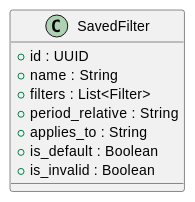
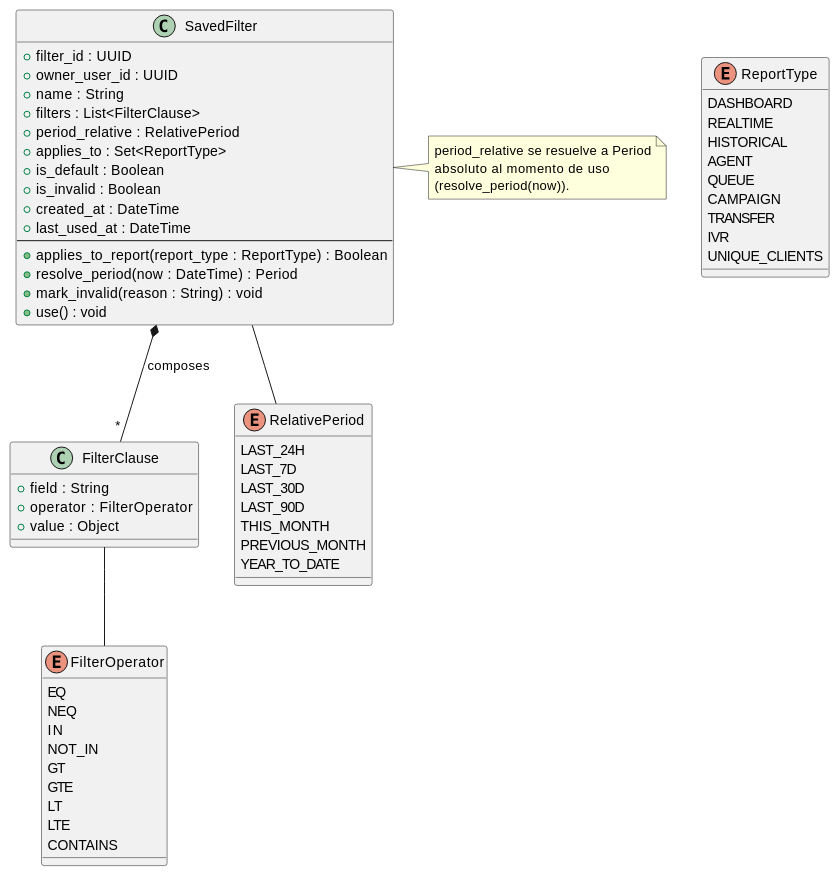
Before and after one commit to jcg-admin/IACT-docs: the diagram in source/arquitectura-tecnica/domain-model/saved-filter.rst, drawn with PlantUML. The commit also changed other lines of this file and 12 other files, not shown here.

```diff
--- a/source/arquitectura-tecnica/domain-model/saved-filter.rst
+++ b/source/arquitectura-tecnica/domain-model/saved-filter.rst
@@ -25,16 +30,75 @@
 .. uml::
- :caption: Clase SavedFilter — stub pendiente de desarrollo.
+ :caption: Clase SavedFilter — filtro nominado reutilizable
+           con período relativo.
 
  @startuml
 
  class SavedFilter {
-  + id : UUID
-  + name : String
-  + filters : List<Filter>
-  + period_relative : String
-  + applies_to : String
-  + is_default : Boolean
-  + is_invalid : Boolean
+   + filter_id : UUID
+   + owner_user_id : UUID
+   + name : String
+   + filters : List<FilterClause>
+   + period_relative : RelativePeriod
+   + applies_to : Set<ReportType>
+   + is_default : Boolean
+   + is_invalid : Boolean
+   + created_at : DateTime
+   + last_used_at : DateTime
+   --
+   + applies_to_report(report_type : ReportType) : Boolean
+   + resolve_period(now : DateTime) : Period
+   + mark_invalid(reason : String) : void
+   + use() : void
  }
 
+ class FilterClause {
+   + field : String
+   + operator : FilterOperator
+   + value : Object
+ }
+
+ enum FilterOperator {
+   EQ
+   NEQ
+   IN
+   NOT_IN
+   GT
+   GTE
+   LT
+   LTE
+   CONTAINS
+ }
+
+ enum RelativePeriod {
+   LAST_24H
+   LAST_7D
+   LAST_30D
+   LAST_90D
+   THIS_MONTH
+   PREVIOUS_MONTH
+   YEAR_TO_DATE
+ }
+
+ enum ReportType {
+   DASHBOARD
+   REALTIME
+   HISTORICAL
+   AGENT
+   QUEUE
+   CAMPAIGN
+   TRANSFER
+   IVR
+   UNIQUE_CLIENTS
+ }
+
+ SavedFilter *-- "*" FilterClause : composes
+ SavedFilter -- RelativePeriod
+ FilterClause -- FilterOperator
+
+ note right of SavedFilter
+   period_relative se resuelve a Period
+   absoluto al momento de uso
+   (resolve_period(now)).
+ end note
+
  @enduml
```
